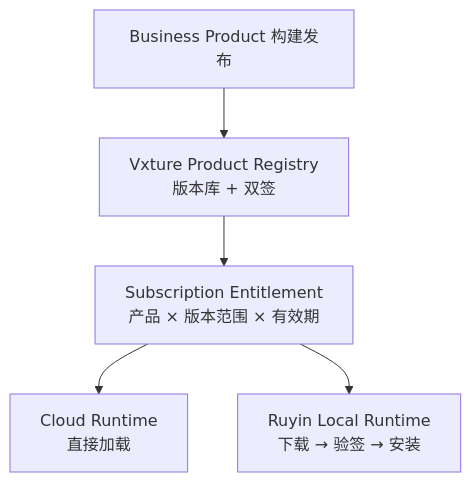
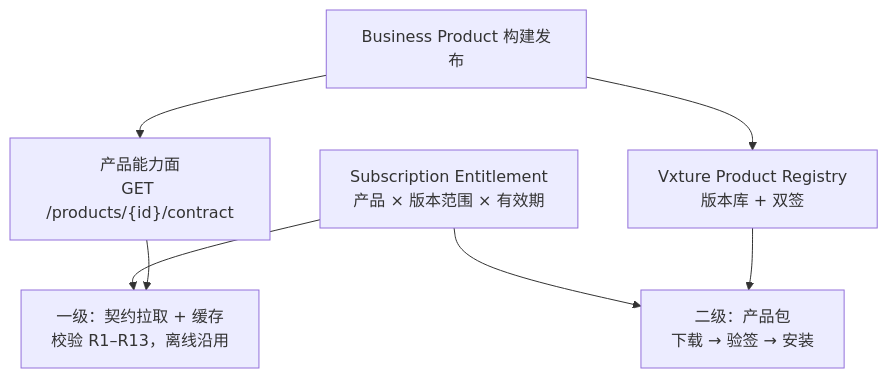
The diagram in docs/30-design/30-contract-schema.md (vxture/vxture-ruyin), drawn with Mermaid before and after one commit. The commit also changed other lines of this file and 9 other files, not shown here.

````diff
--- a/docs/30-design/30-contract-schema.md
+++ b/docs/30-design/30-contract-schema.md
@@ -609,13 +627,16 @@
 ```mermaid
 flowchart TB
     P["Business Product 构建发布"]
+    CAP["产品能力面<br/>GET /products/{id}/contract"]
     REG["Vxture Product Registry<br/>版本库 + 双签"]
     ENT["Subscription Entitlement<br/>产品 × 版本范围 × 有效期"]
-    CR["Cloud Runtime<br/>直接加载"]
-    LR["Ruyin Local Runtime<br/>下载 → 验签 → 安装"]
+    T1["一级：契约拉取 + 缓存<br/>校验 R1–R13，离线沿用"]
+    T2["二级：产品包<br/>下载 → 验签 → 安装"]
 
+    P --> CAP
     P --> REG
-    REG --> ENT
-    ENT --> CR
-    ENT --> LR
+    ENT --> T1
+    ENT --> T2
+    CAP --> T1
+    REG --> T2
 ```
````
